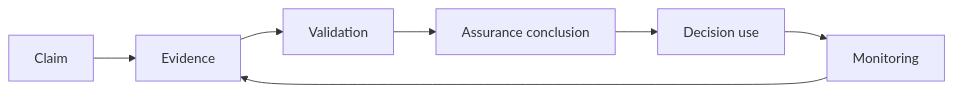
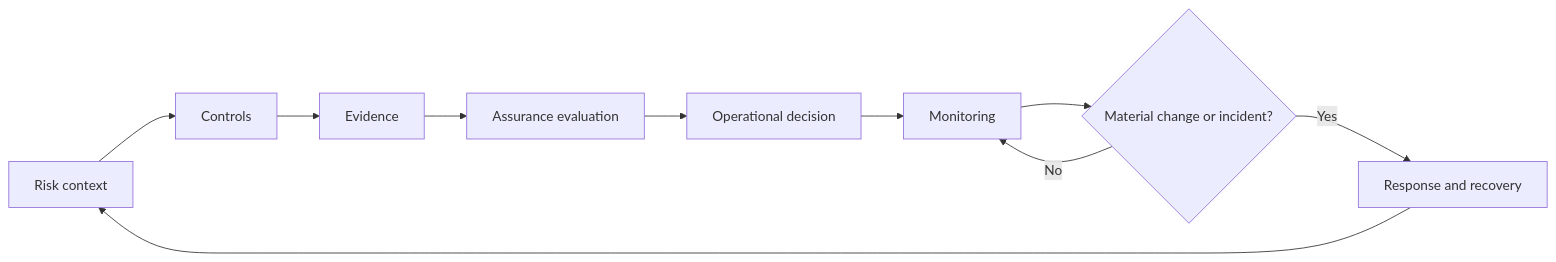
One commit to sankarshanmukhopadhyay/open-national-digital-trust-framework changed the diagram in docs/assurance/index.md. Above: the diagram before and after it, drawn with Mermaid. The commit also changed other lines of this file and 30 other files, not shown here.

First line of the commit message:
feat: add operational assurance, risk, resilience, and standards alignment

````diff
--- a/docs/assurance/index.md
+++ b/docs/assurance/index.md
@@ -11,9 +12,12 @@
 ```mermaid
 flowchart LR
-  C[Claim] --> E[Evidence]
-  E --> V[Validation]
-  V --> A[Assurance conclusion]
-  A --> D[Decision use]
+  R[Risk context] --> C[Controls]
+  C --> E[Evidence]
+  E --> A[Assurance evaluation]
+  A --> D[Operational decision]
   D --> M[Monitoring]
-  M --> E
+  M --> I{Material change or incident?}
+  I -->|No| M
+  I -->|Yes| T[Response and recovery]
+  T --> R
 ```
````
